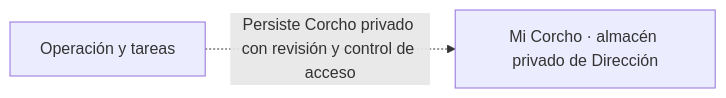
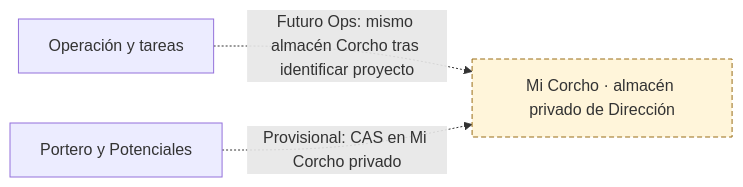
Diagram 11 of 11 in docs/arquitectura/mapas.md (yodesarrollomx/yod-portal), drawn with Mermaid before and after one commit. The commit also changed other lines of this file and 12 other files, not shown here.

Commit message:
Registrar Corcho provisional de Sala 35 en Portero existente

````diff
--- a/docs/arquitectura/mapas.md
+++ b/docs/arquitectura/mapas.md
@@ -423,7 +434,10 @@
 ```mermaid
 flowchart LR
+  n_GAS_PORTERO["Portero y Potenciales"]
   n_GAS_OPERACION["Operación y tareas"]
   n_STORE_DESPACHO_CORCHO["Mi Corcho · almacén privado de Dirección"]
-  n_GAS_OPERACION -.->|Persiste Corcho privado con revisión y control de acceso| n_STORE_DESPACHO_CORCHO
+  n_GAS_OPERACION -.->|Futuro Ops: mismo almacén Corcho tras identificar proyecto| n_STORE_DESPACHO_CORCHO
+  n_GAS_PORTERO -.->|Provisional: CAS en Mi Corcho privado| n_STORE_DESPACHO_CORCHO
   classDef pendiente fill:#fff5da,stroke:#996d16,stroke-dasharray:5 3;
+  class n_STORE_DESPACHO_CORCHO pendiente;
 ```
````
